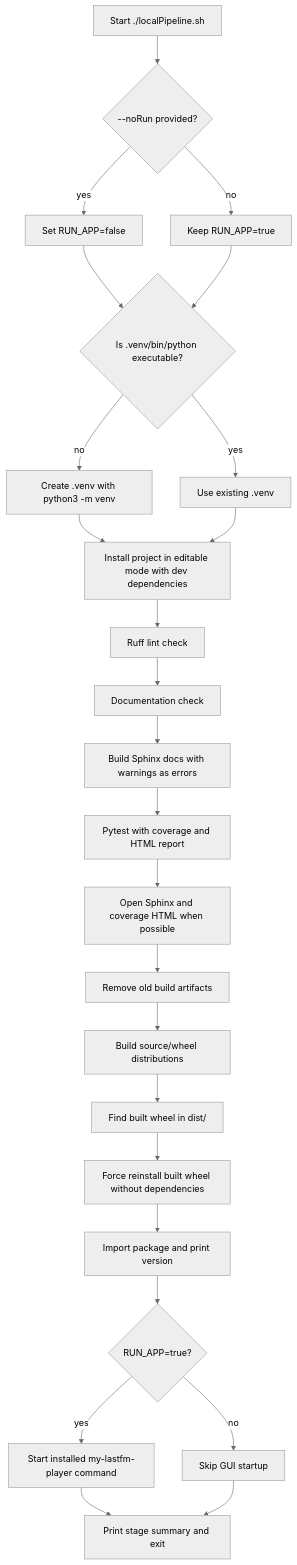
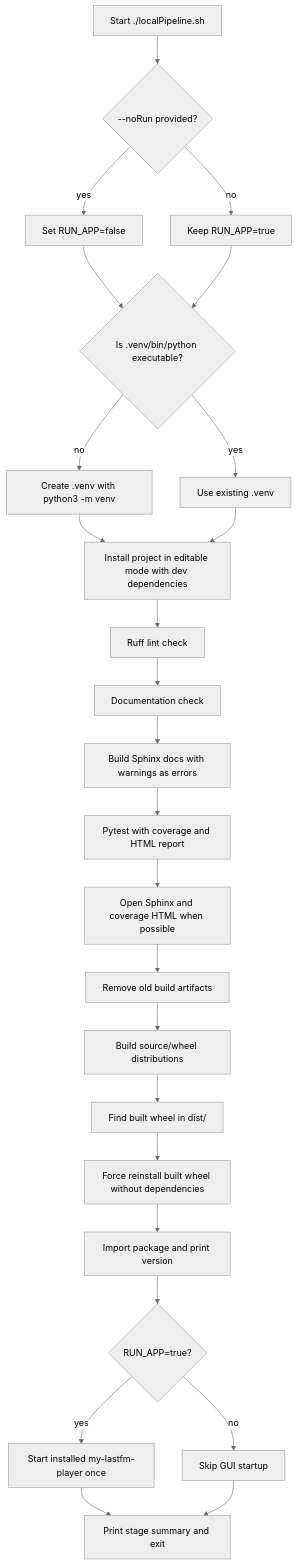
Before and after one commit to marcelpetrick/myLastFmPlayer: the third of 3 diagrams in README.md, drawn with Mermaid (neutral theme). The commit also changed other lines of this file and 5 other files, not shown here.

First line of the commit message:
fix: start app once from local pipeline

````diff
--- a/README.md
+++ b/README.md
@@ -191,27 +191,27 @@
 ```mermaid
 flowchart TD
     A["Start ./localPipeline.sh"] --> B{"--noRun provided?"}
     B -->|yes| C["Set RUN_APP=false"]
     B -->|no| D["Keep RUN_APP=true"]
     C --> E{"Is .venv/bin/python executable?"}
     D --> E
     E -->|no| F["Create .venv with python3 -m venv"]
     E -->|yes| G["Use existing .venv"]
     F --> H["Install project in editable mode with dev dependencies"]
     G --> H
     H --> I["Ruff lint check"]
     I --> J["Documentation check"]
     J --> K["Build Sphinx docs with warnings as errors"]
     K --> L["Pytest with coverage and HTML report"]
     L --> M["Open Sphinx and coverage HTML when possible"]
     M --> N["Remove old build artifacts"]
     N --> O["Build source/wheel distributions"]
     O --> P["Find built wheel in dist/"]
     P --> Q["Force reinstall built wheel without dependencies"]
     Q --> R["Import package and print version"]
     R --> S{"RUN_APP=true?"}
-    S -->|yes| T["Start installed my-lastfm-player command"]
+    S -->|yes| T["Start installed my-lastfm-player once"]
     S -->|no| U["Skip GUI startup"]
     T --> V["Print stage summary and exit"]
     U --> V
 ```
````
